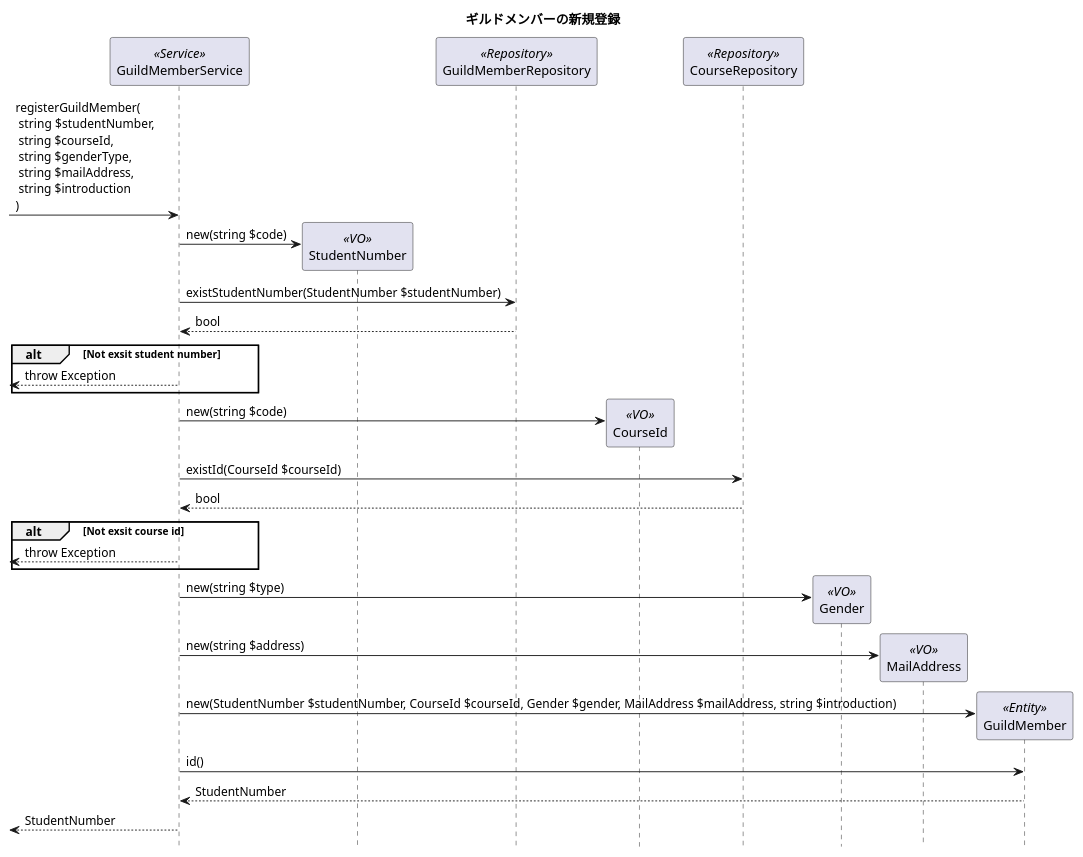
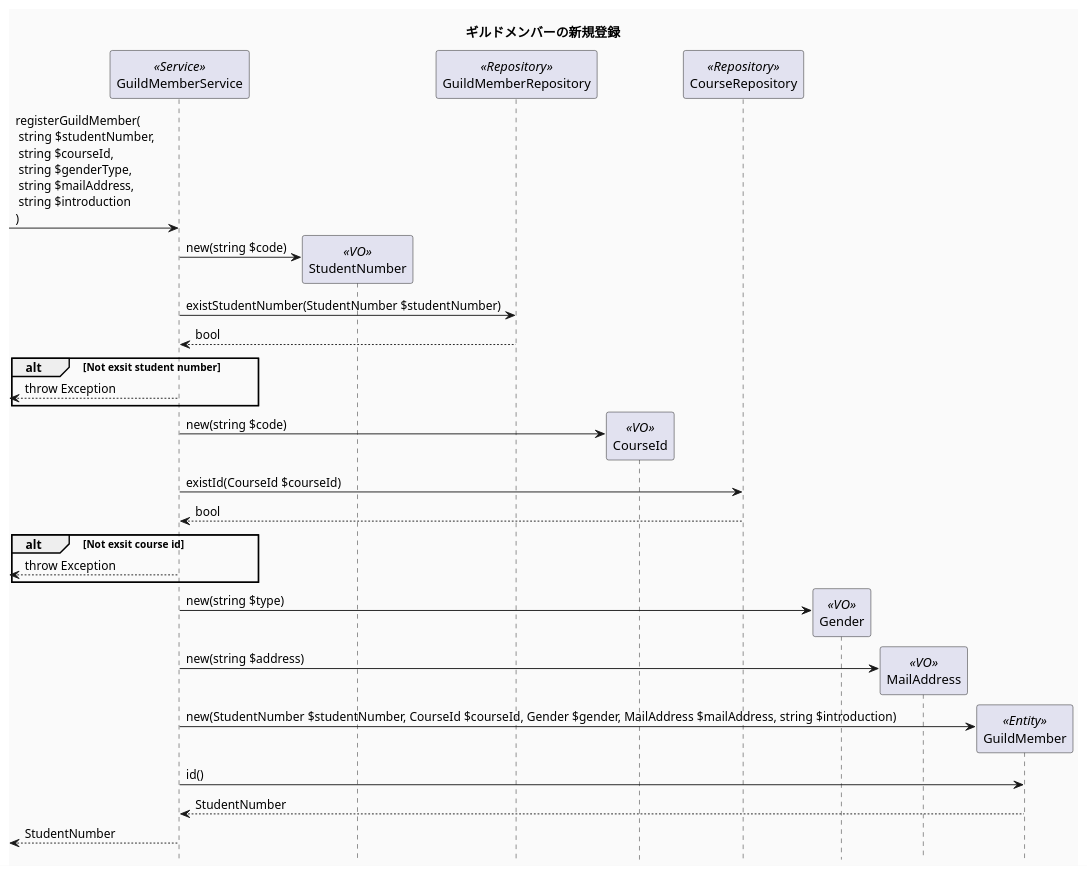
One commit to 44x1carbon/oic-rpg-doc changed the diagram in design/sequence.puml.md. Above: the diagram before and after it, drawn with PlantUML. The commit also changed other lines of this file, not shown here.

````diff
--- a/design/sequence.puml.md
+++ b/design/sequence.puml.md
@@ -1,45 +6,48 @@
 ```uml
 @startuml{plantuml_seq_sample.png}
+skinparam backgroundColor #FAFAFA
+hide footbox
 title ギルドメンバーの新規登録
-hide footbox
+
+
 
 participant GuildMemberService as main <<Service>>
 [-> main: registerGuildMember(\n string $studentNumber, \n string $courseId, \n string $genderType, \n string $mailAddress, \n string $introduction \n)
 
 create StudentNumber <<VO>>
 main -> StudentNumber: new(string $code)
 
 participant GuildMemberRepository <<Repository>>
 main -> GuildMemberRepository: existStudentNumber(StudentNumber $studentNumber)
 main <-- GuildMemberRepository: bool
 
 alt Not exsit student number
   [<-- main: throw Exception
 end
 
 create CourseId <<VO>>
 main ->CourseId: new(string $code)
 
 participant CourseRepository <<Repository>>
 main -> CourseRepository: existId(CourseId $courseId)
 main <-- CourseRepository: bool
 
 alt Not exsit course id
   [<-- main: throw Exception
 end
 
 create Gender <<VO>>
 main ->Gender: new(string $type)
 
 create MailAddress <<VO>>
 main -> MailAddress: new(string $address)
 
 create GuildMember <<Entity>>
 main -> GuildMember: new(StudentNumber $studentNumber, CourseId $courseId, Gender $gender, MailAddress $mailAddress, string $introduction)
 
 main -> GuildMember: id()
 main <-- GuildMember: StudentNumber
 
 [<-- main: StudentNumber
 @enduml
 ```
````
